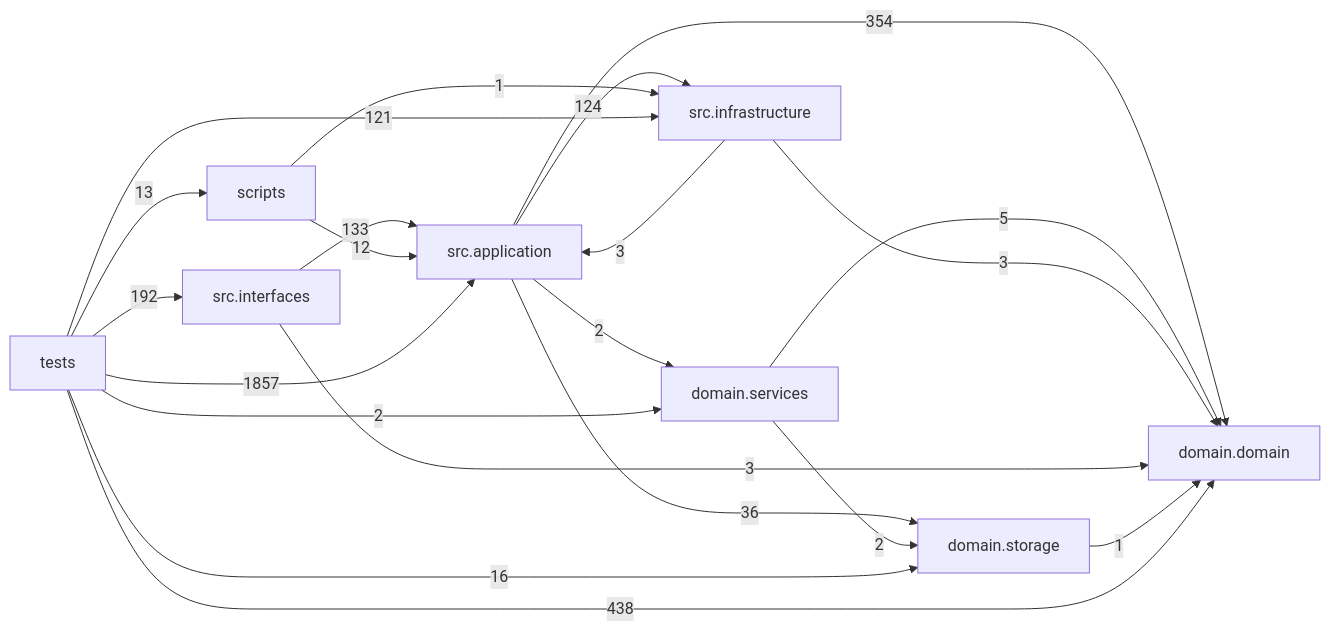
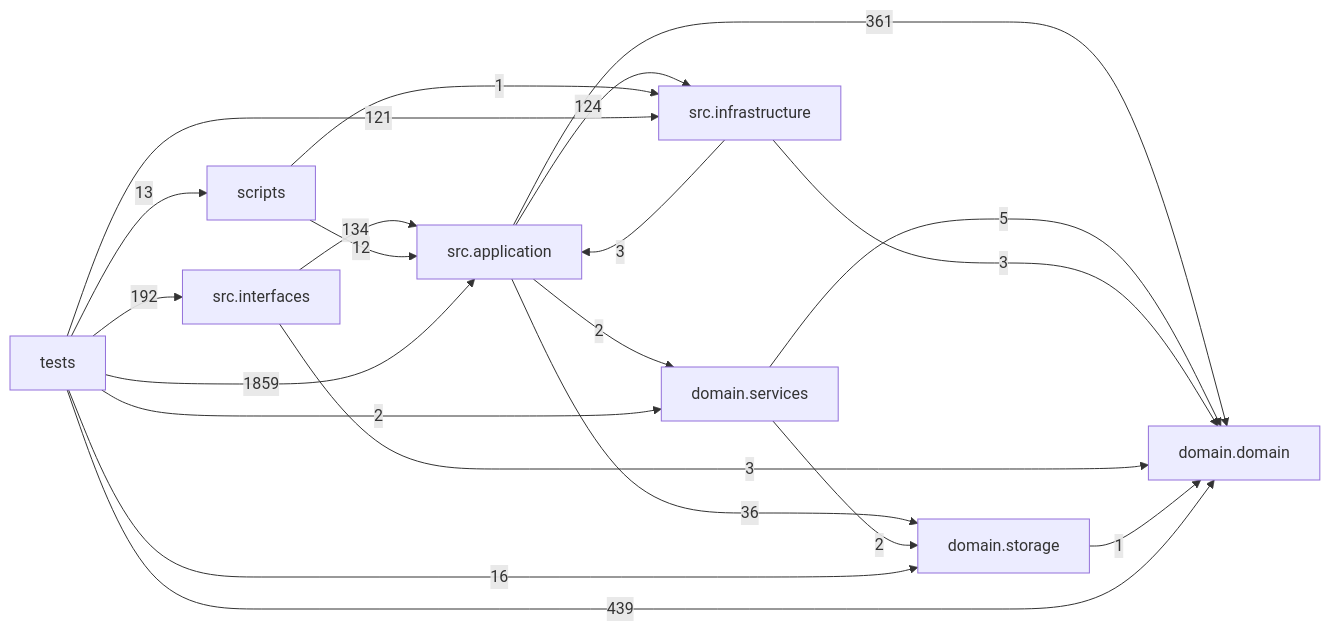
One commit to liuxie066/options-monitor changed the diagram in docs/DEPENDENCY_GRAPH.md. Above: the diagram before and after it, drawn with Mermaid. The commit also changed other lines of this file and 21 other files, not shown here.

````diff
--- a/docs/DEPENDENCY_GRAPH.md
+++ b/docs/DEPENDENCY_GRAPH.md
@@ -24,31 +24,31 @@
 ```mermaid
 flowchart LR
   tests["tests"]
   scripts["scripts"]
   interfaces["src.interfaces"]
   application["src.application"]
   infrastructure["src.infrastructure"]
   domain_services["domain.services"]
   domain["domain.domain"]
   storage["domain.storage"]
-  application -->|354| domain
+  application -->|361| domain
   application -->|2| domain_services
   application -->|124| infrastructure
   application -->|36| storage
   domain_services -->|5| domain
   domain_services -->|2| storage
   infrastructure -->|3| application
   infrastructure -->|3| domain
-  interfaces -->|133| application
+  interfaces -->|134| application
   interfaces -->|3| domain
   scripts -->|12| application
   scripts -->|1| infrastructure
   storage -->|1| domain
-  tests -->|1857| application
-  tests -->|438| domain
+  tests -->|1859| application
+  tests -->|439| domain
   tests -->|2| domain_services
   tests -->|121| infrastructure
   tests -->|192| interfaces
   tests -->|13| scripts
   tests -->|16| storage
 ```
````
